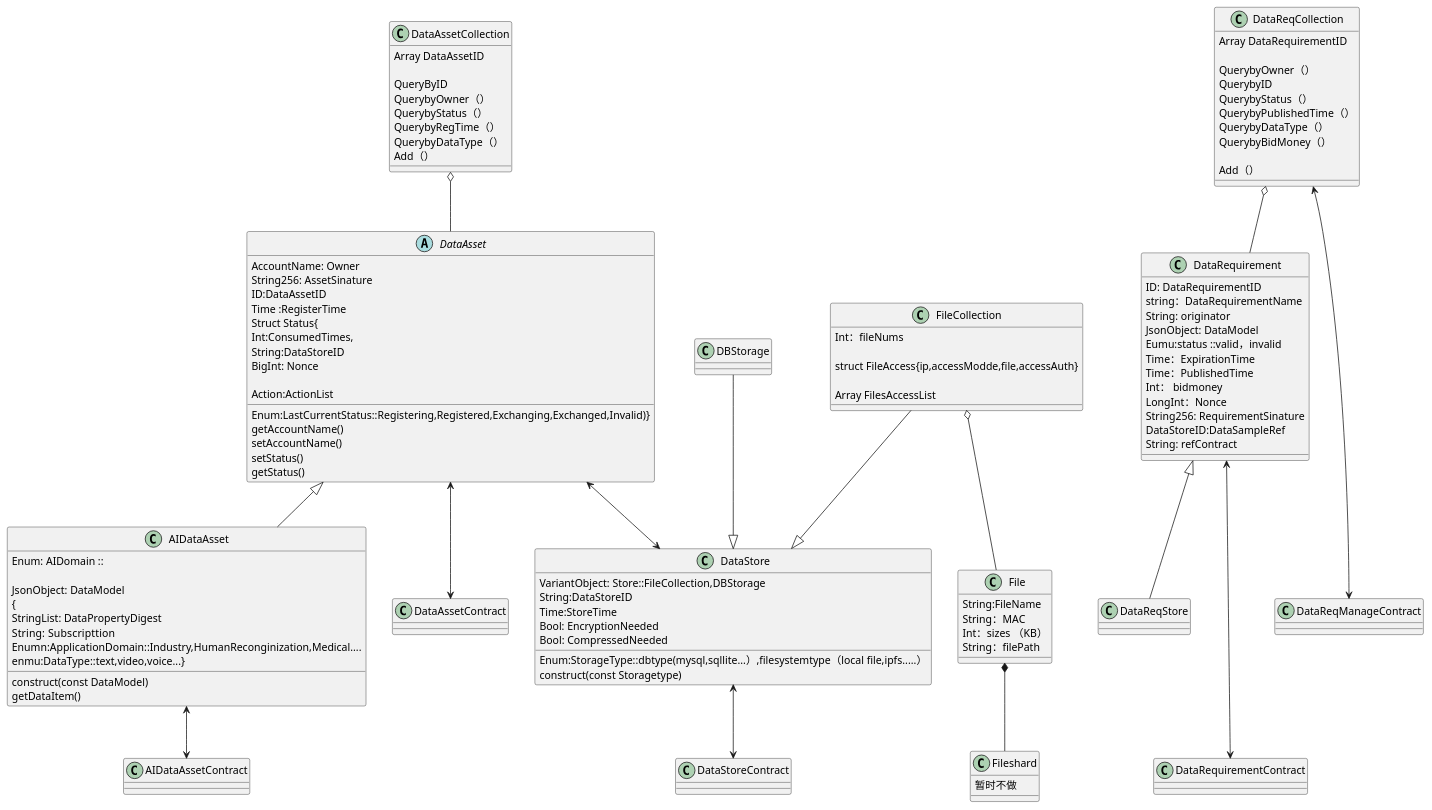
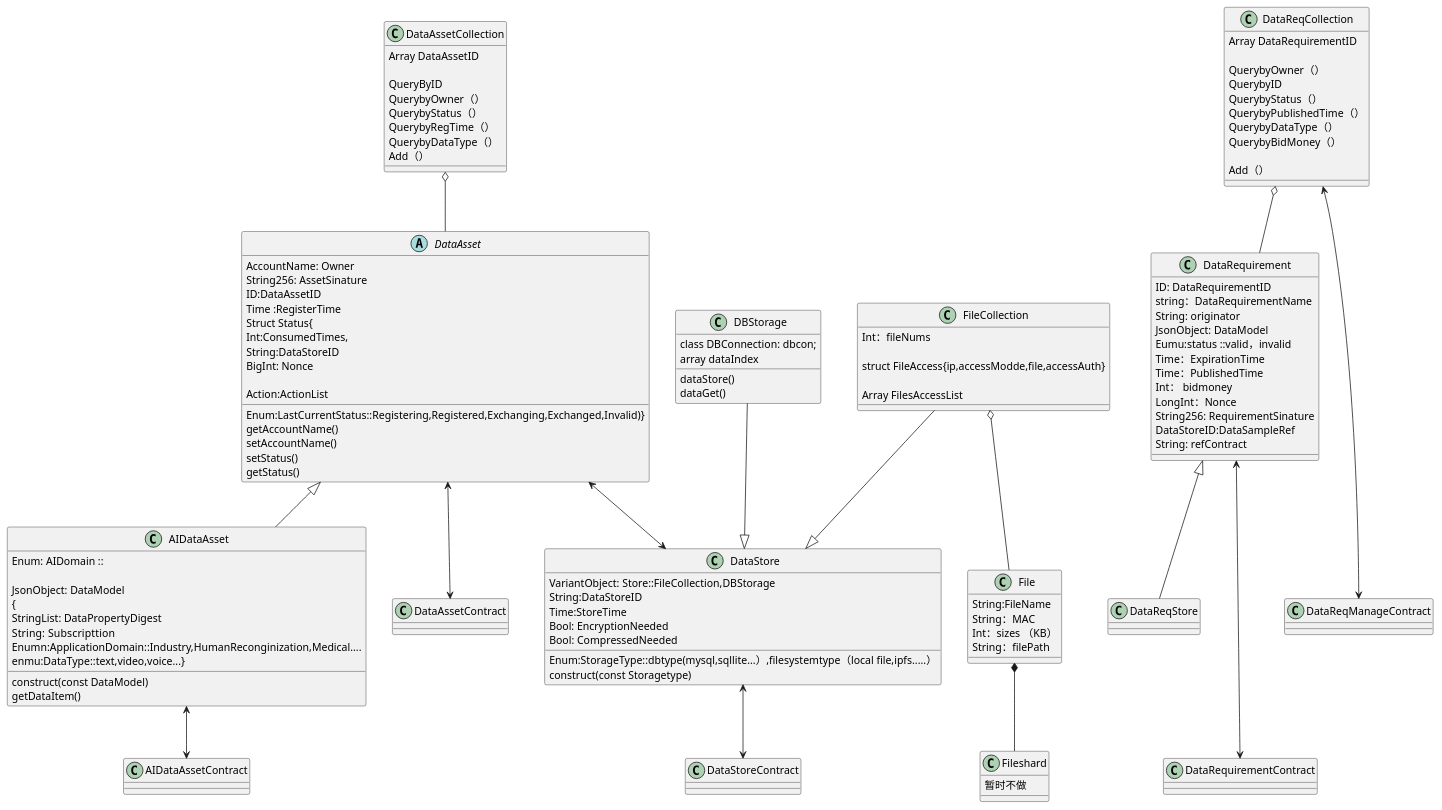
The diagram in design/Class-AIData.puml (bottos-project/magiccube), drawn with PlantUML before and after one commit. The commit also changed 2 other files, not shown here.

```diff
--- a/design/Class-AIData.puml
+++ b/design/Class-AIData.puml
@@ -1,135 +1,140 @@
 @startuml
 
 abstract DataAsset{
   AccountName: Owner
   String256: AssetSinature
   ID:DataAssetID
   Time :RegisterTime
   Struct Status{
   Int:ConsumedTimes,
   Enum:LastCurrentStatus::Registering,Registered,Exchanging,Exchanged,Invalid)}
   String:DataStoreID
   BigInt: Nonce
 
   Action:ActionList
   getAccountName()
   setAccountName()
   setStatus()
   getStatus()
 }
 
 
 class AIDataAsset{
 
 
  Enum: AIDomain ::
 
  JsonObject: DataModel
  {
    StringList: DataPropertyDigest
    String:  Subscripttion
    Enumn:ApplicationDomain::Industry,HumanReconginization,Medical....
    enmu:DataType::text,video,voice...}
 
   construct(const DataModel)
   getDataItem()
 
 }
 
 class DataStore{
 
 
   Enum:StorageType::dbtype(mysql,sqllite...）,filesystemtype（local file,ipfs.....）
   VariantObject: Store::FileCollection,DBStorage
   String:DataStoreID
   Time:StoreTime
   Bool: EncryptionNeeded
   Bool: CompressedNeeded
   construct(const Storagetype)
 
 }
 
 class File{
   String:FileName
   String：MAC
   Int：sizes （KB）
   String：filePath
 
 }
 class DataRequirement{
    ID: DataRequirementID
    string：DataRequirementName
    String: originator
    JsonObject: DataModel
    Eumu:status ::valid，invalid
    Time：ExpirationTime
    Time：PublishedTime
    Int： bidmoney
    LongInt：Nonce
    String256: RequirementSinature
    DataStoreID:DataSampleRef
    String: refContract
 
 }
 class DataAssetCollection{
 Array DataAssetID
 
 QueryByID
 QuerybyOwner（）
 QuerybyStatus（）
 QuerybyRegTime（）
 QuerybyDataType（）
 Add（）
 
 }
 
 class FileCollection{
 
    Int：fileNums
 
    struct FileAccess{ip,accessModde,file,accessAuth}
 
    Array FilesAccessList
 
 }
 
 class Fileshard{
 暂时不做
 }
 
 class DataReqStore
 class DataReqCollection{
 Array DataRequirementID
 
 QuerybyOwner（）
 QuerybyID
 QuerybyStatus（）
 QuerybyPublishedTime（）
 QuerybyDataType（）
 QuerybyBidMoney（）
 
 Add（）
 }
-class DBStorage
+class DBStorage{
+  class DBConnection: dbcon;
+  array dataIndex
+  dataStore()
+  dataGet()
+}
 
 
 DataAsset <|--AIDataAsset
 DataAssetCollection  o-- DataAsset
 DataAsset <-->DataStore
 FileCollection --|> DataStore
 DBStorage --|> DataStore
 FileCollection o--File
 File *-- Fileshard
 
 DataReqCollection o-- DataRequirement
 
 DataRequirement <|-- DataReqStore
 
 DataRequirement<--->DataRequirementContract
 DataReqCollection<--->DataReqManageContract
 
 DataStore<-->DataStoreContract
 DataAsset<-->DataAssetContract
 AIDataAsset<-->AIDataAssetContract
 
 @enduml
```
